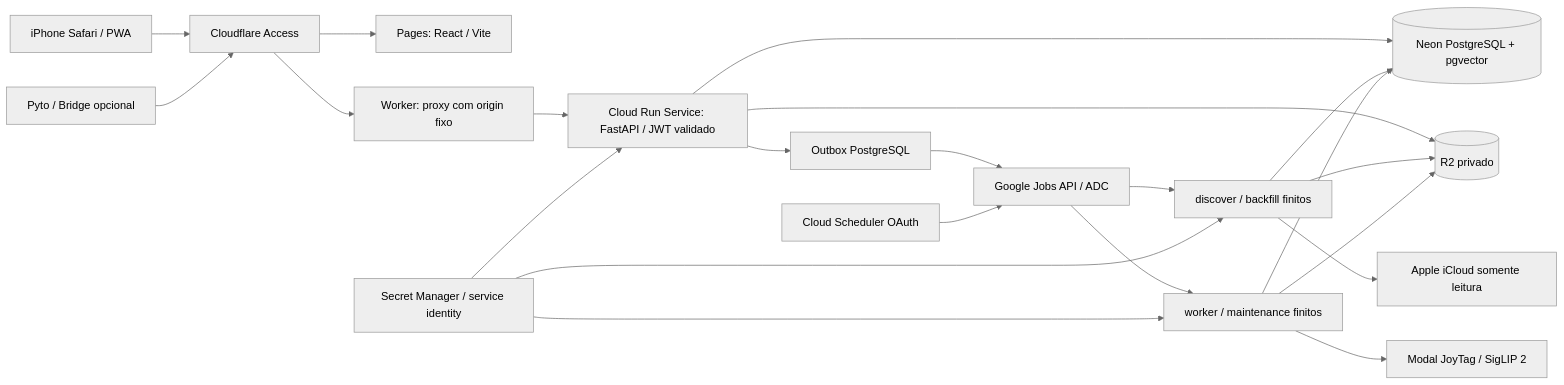
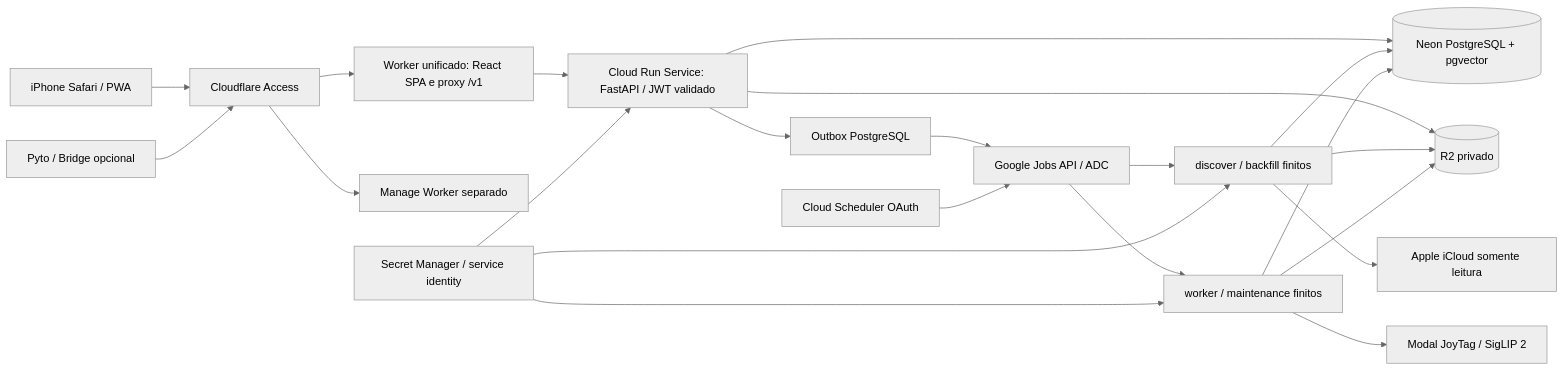
One commit to rodkisten/photointel changed the diagram in docs/architecture/CLOUD_RUN_TARGET.md. Above: the diagram before and after it, drawn with Mermaid (neutral theme). The commit also changed other lines of this file and 3 other files, not shown here.

````diff
--- a/docs/architecture/CLOUD_RUN_TARGET.md
+++ b/docs/architecture/CLOUD_RUN_TARGET.md
@@ -7,24 +7,24 @@
 ```mermaid
 flowchart LR
   I[iPhone Safari / PWA] --> A[Cloudflare Access]
-  A --> P[Pages: React / Vite]
-  A --> E[Worker: proxy com origin fixo]
+  A --> E[Worker unificado: React SPA e proxy /v1]
+  A --> MA[Manage Worker separado]
   E --> S[Cloud Run Service: FastAPI / JWT validado]
   S --> N[(Neon PostgreSQL + pgvector)]
   S --> R[(R2 privado)]
   S --> O[Outbox PostgreSQL]
   O --> G[Google Jobs API / ADC]
   C[Cloud Scheduler OAuth] --> G
   G --> D[discover / backfill finitos]
   G --> W[worker / maintenance finitos]
   D --> N
   D --> R
   D --> AP[Apple iCloud somente leitura]
   W --> N
   W --> R
   W --> M[Modal JoyTag / SigLIP 2]
   K[Secret Manager / service identity] --> S
   K --> D
   K --> W
   B[Pyto / Bridge opcional] --> A
 ```
````
